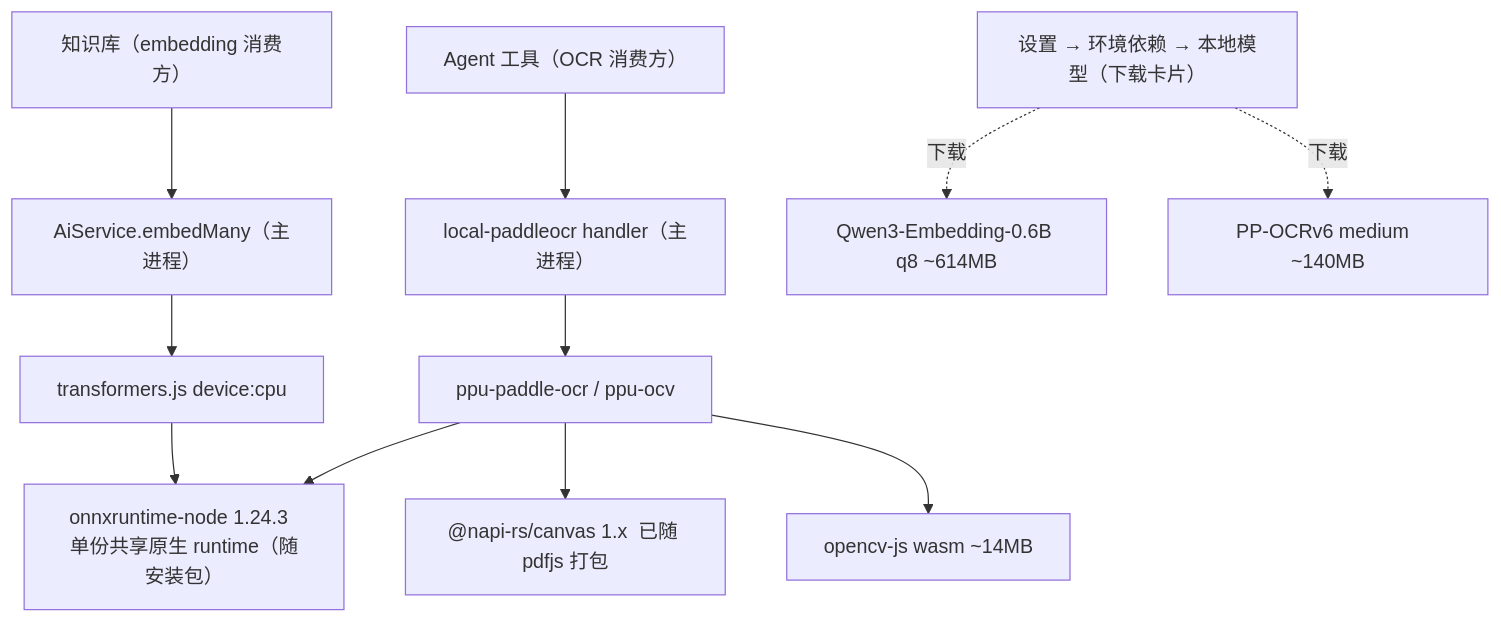
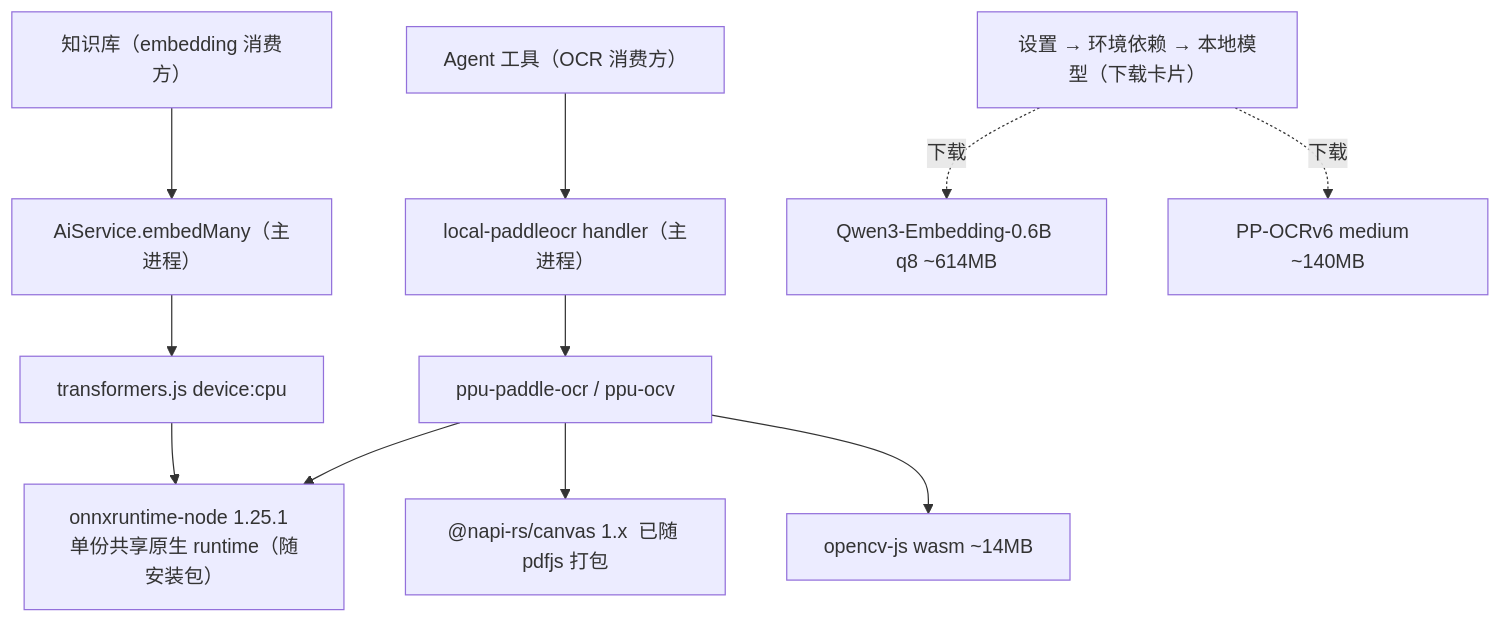
Before and after one commit to CherryHQ/cherry-studio: the diagram in v2-refactor-temp/docs/knowledge/rfc-local-embedding-and-ocr.zh-CN.md, drawn with Mermaid. The commit also changed other lines of this file and 10 other files, not shown here.

````diff
--- a/v2-refactor-temp/docs/knowledge/rfc-local-embedding-and-ocr.zh-CN.md
+++ b/v2-refactor-temp/docs/knowledge/rfc-local-embedding-and-ocr.zh-CN.md
@@ -43,21 +43,21 @@
 ```mermaid
 flowchart TD
   KB["知识库（embedding 消费方）"]
   AGT["Agent 工具（OCR 消费方）"]
   EMB["AiService.embedMany（主进程）"]
   OCRH["local-paddleocr handler（主进程）"]
   TJS["transformers.js  device:cpu"]
   PPU["ppu-paddle-ocr / ppu-ocv"]
-  ORT["onnxruntime-node 1.24.3  单份共享原生 runtime（随安装包）"]
+  ORT["onnxruntime-node 1.25.1  单份共享原生 runtime（随安装包）"]
   CV["@napi-rs/canvas 1.x  已随 pdfjs 打包"]
   OCV["opencv-js  wasm ~14MB"]
   EXT["设置 → 环境依赖 → 本地模型（下载卡片）"]
   M1["Qwen3-Embedding-0.6B q8 ~614MB"]
   M2["PP-OCRv6 medium  ~140MB"]
   KB --> EMB --> TJS --> ORT
   AGT --> OCRH --> PPU --> ORT
   PPU --> CV
   PPU --> OCV
   EXT -. 下载 .-> M1
   EXT -. 下载 .-> M2
 ```
````
